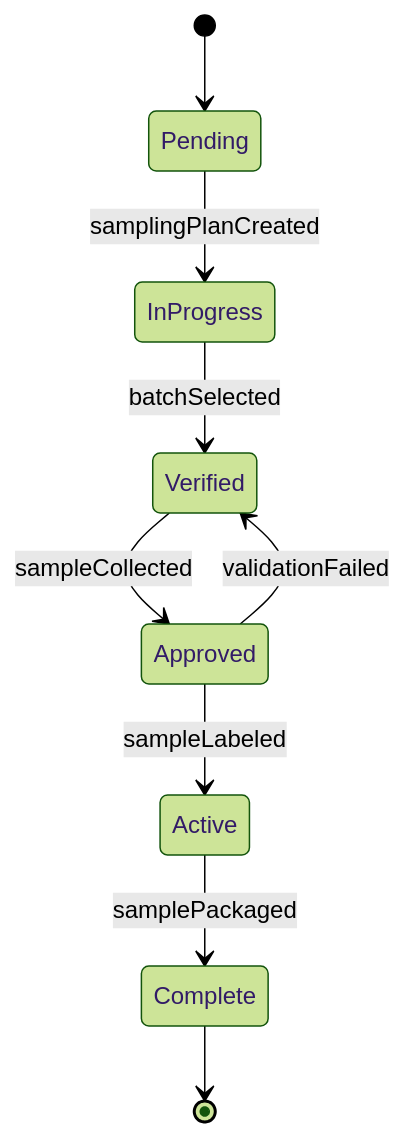
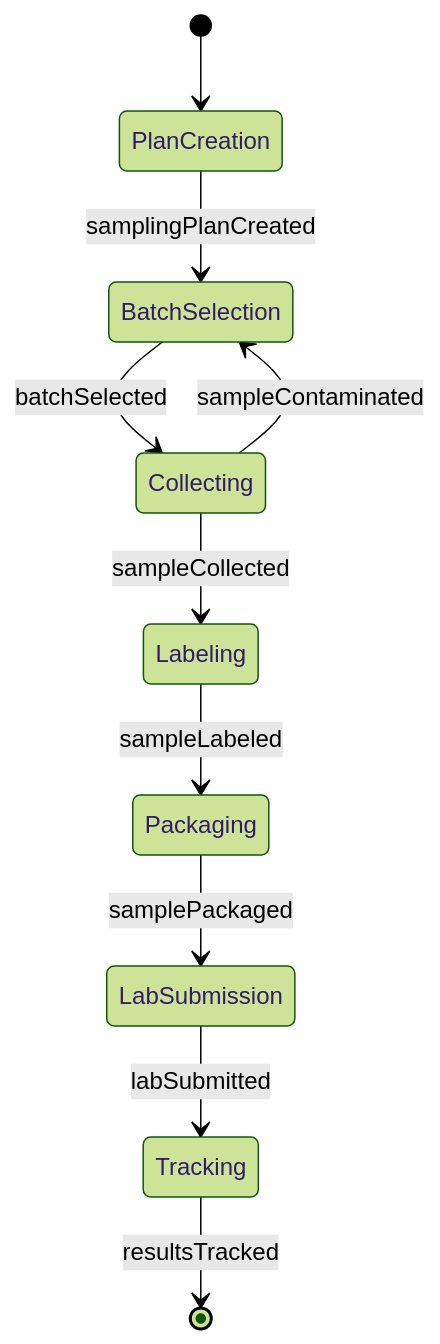
One commit to dot-org-ai/tasks.org.ai changed the second of 4 diagrams in HandlingAndMovingObjects/CollectSamplesOfProductsOrMaterials/CollectSamplesMaterialsProductsTesting.mdx. Above: the diagram before and after it, drawn with Mermaid (forest theme). The commit also changed other lines of this file and 515 other files, not shown here.

````diff
--- a/HandlingAndMovingObjects/CollectSamplesOfProductsOrMaterials/CollectSamplesMaterialsProductsTesting.mdx
+++ b/HandlingAndMovingObjects/CollectSamplesOfProductsOrMaterials/CollectSamplesMaterialsProductsTesting.mdx
@@ -98,11 +99,12 @@
 ```mermaid
 stateDiagram-v2
-    [*] --> Pending
-    Pending --> InProgress : samplingPlanCreated
-    InProgress --> Verified : batchSelected
-    Verified --> Approved : sampleCollected
-    Approved --> Active : sampleLabeled
-    Active --> Complete : samplePackaged
-    Approved --> Verified : validationFailed
-    Complete --> [*]
+    [*] --> PlanCreation
+    PlanCreation --> BatchSelection : samplingPlanCreated
+    BatchSelection --> Collecting : batchSelected
+    Collecting --> Labeling : sampleCollected
+    Labeling --> Packaging : sampleLabeled
+    Packaging --> LabSubmission : samplePackaged
+    LabSubmission --> Tracking : labSubmitted
+    Tracking --> [*] : resultsTracked
+    Collecting --> BatchSelection : sampleContaminated
 ```
````
